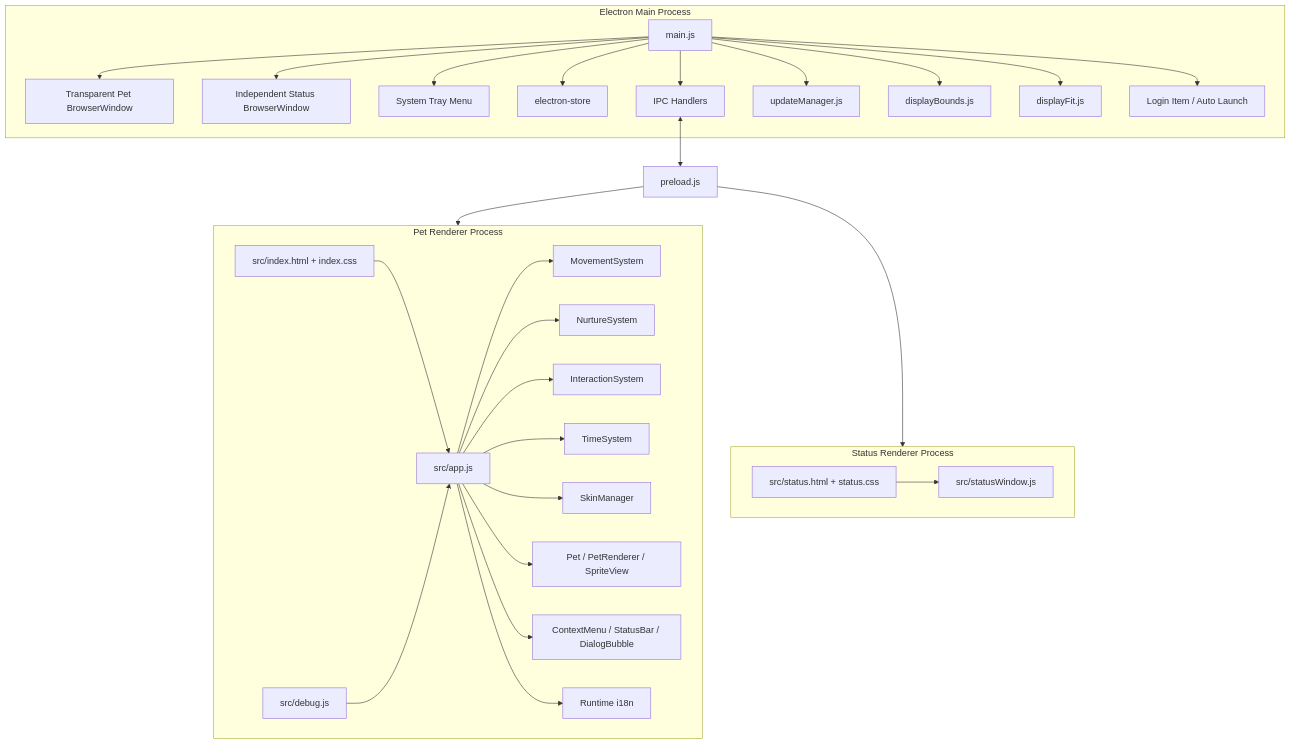
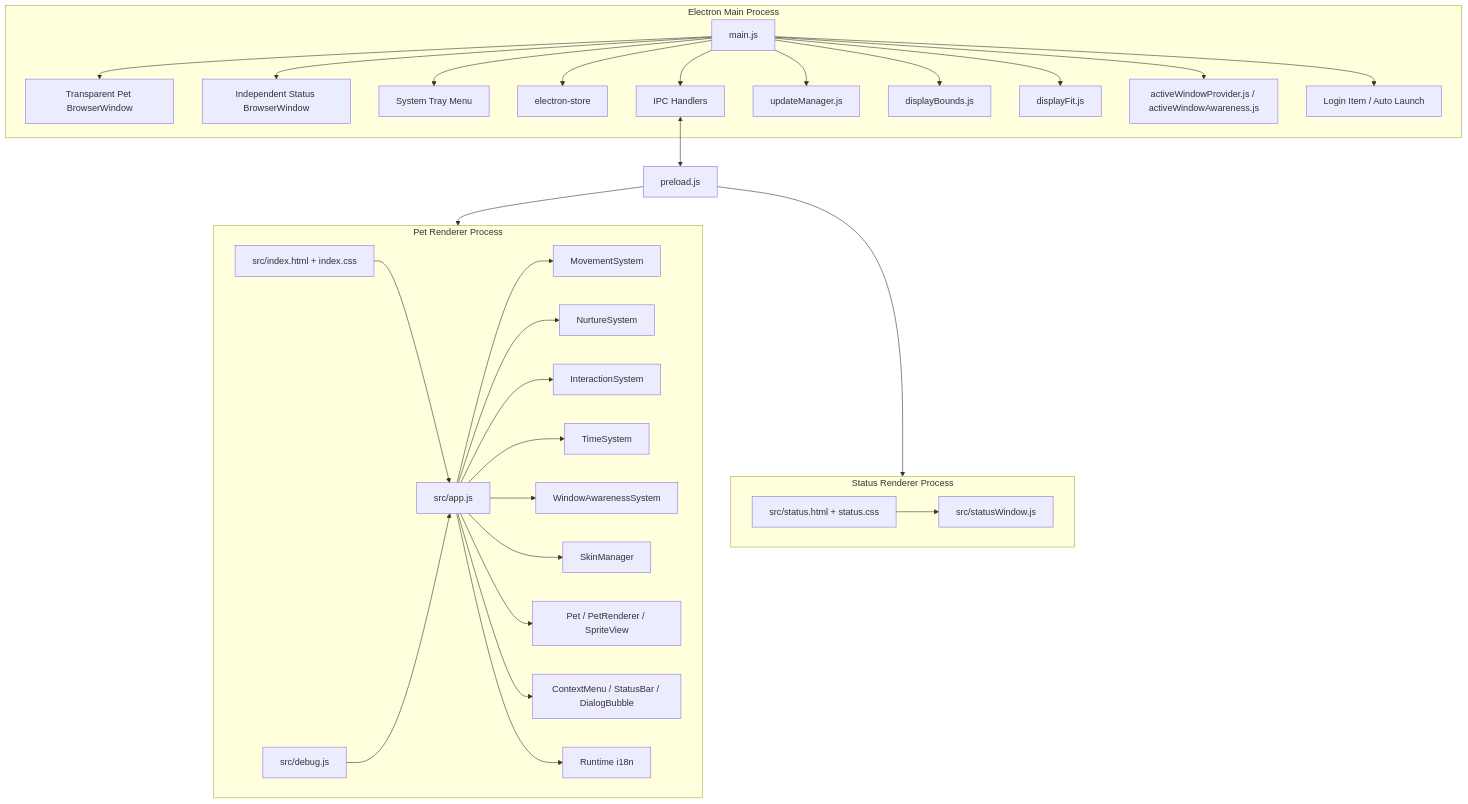
The diagram in docs/structure.md (HuihuiDreams/qijiu-desktop-pet), drawn with Mermaid before and after one commit. The commit also changed other lines of this file and 7 other files, not shown here.

````diff
--- a/docs/structure.md
+++ b/docs/structure.md
@@ -11,36 +11,38 @@
 ```mermaid
 graph TB
     subgraph Main["Electron Main Process"]
         MainJs["main.js"]
         MainJs --> PetWindow["Transparent Pet BrowserWindow"]
         MainJs --> StatusWindow["Independent Status BrowserWindow"]
         MainJs --> Tray["System Tray Menu"]
         MainJs --> Store["electron-store"]
         MainJs --> IPC["IPC Handlers"]
         MainJs --> Update["updateManager.js"]
         MainJs --> Bounds["displayBounds.js"]
         MainJs --> Fit["displayFit.js"]
+        MainJs --> ActiveWindow["activeWindowProvider.js / activeWindowAwareness.js"]
         MainJs --> AutoLaunch["Login Item / Auto Launch"]
     end
 
     subgraph Renderer["Pet Renderer Process"]
         Index["src/index.html + index.css"] --> App["src/app.js"]
         App --> Movement["MovementSystem"]
         App --> Nurture["NurtureSystem"]
         App --> Interaction["InteractionSystem"]
         App --> Time["TimeSystem"]
+        App --> Awareness["WindowAwarenessSystem"]
         App --> Skin["SkinManager"]
         App --> Pet["Pet / PetRenderer / SpriteView"]
         App --> UI["ContextMenu / StatusBar / DialogBubble"]
         App --> I18N["Runtime i18n"]
         Debug["src/debug.js"] --> App
     end
 
     subgraph Status["Status Renderer Process"]
         StatusHtml["src/status.html + status.css"] --> StatusJs["src/statusWindow.js"]
     end
 
     Preload["preload.js"] --> Renderer
     Preload --> Status
     IPC <--> Preload
 ```
````
